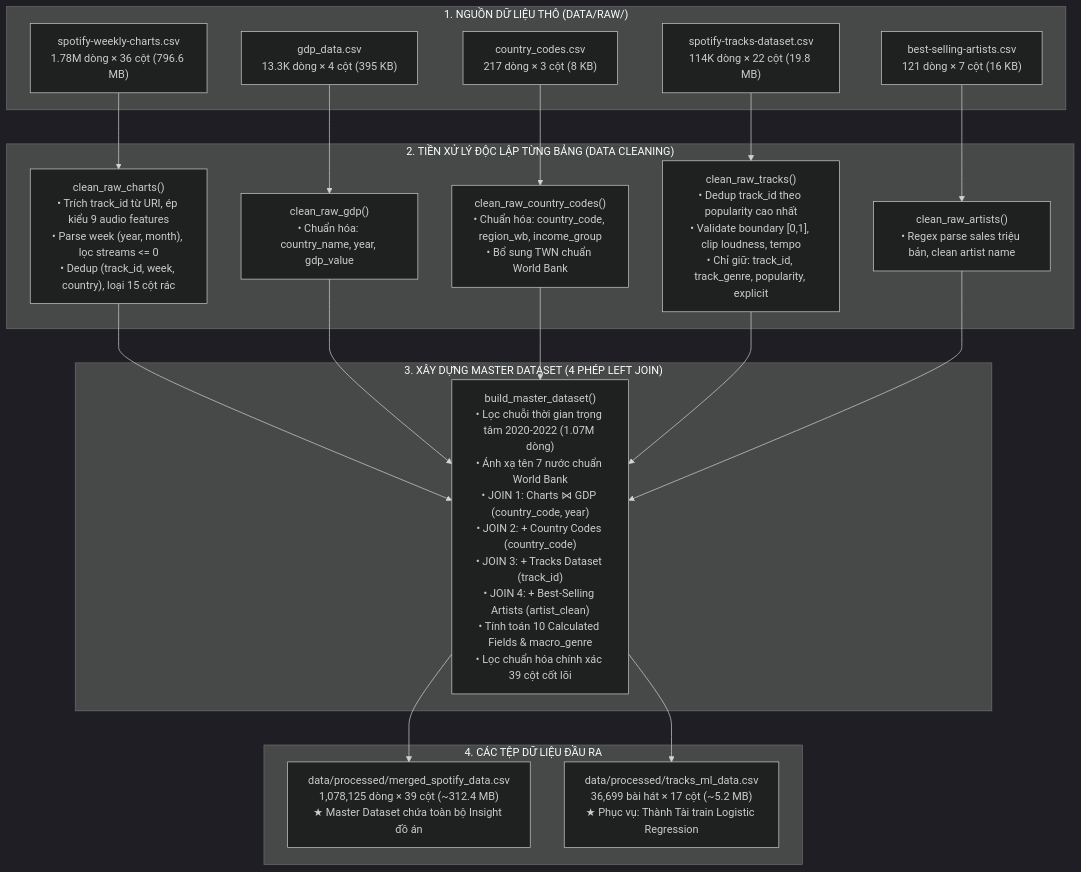
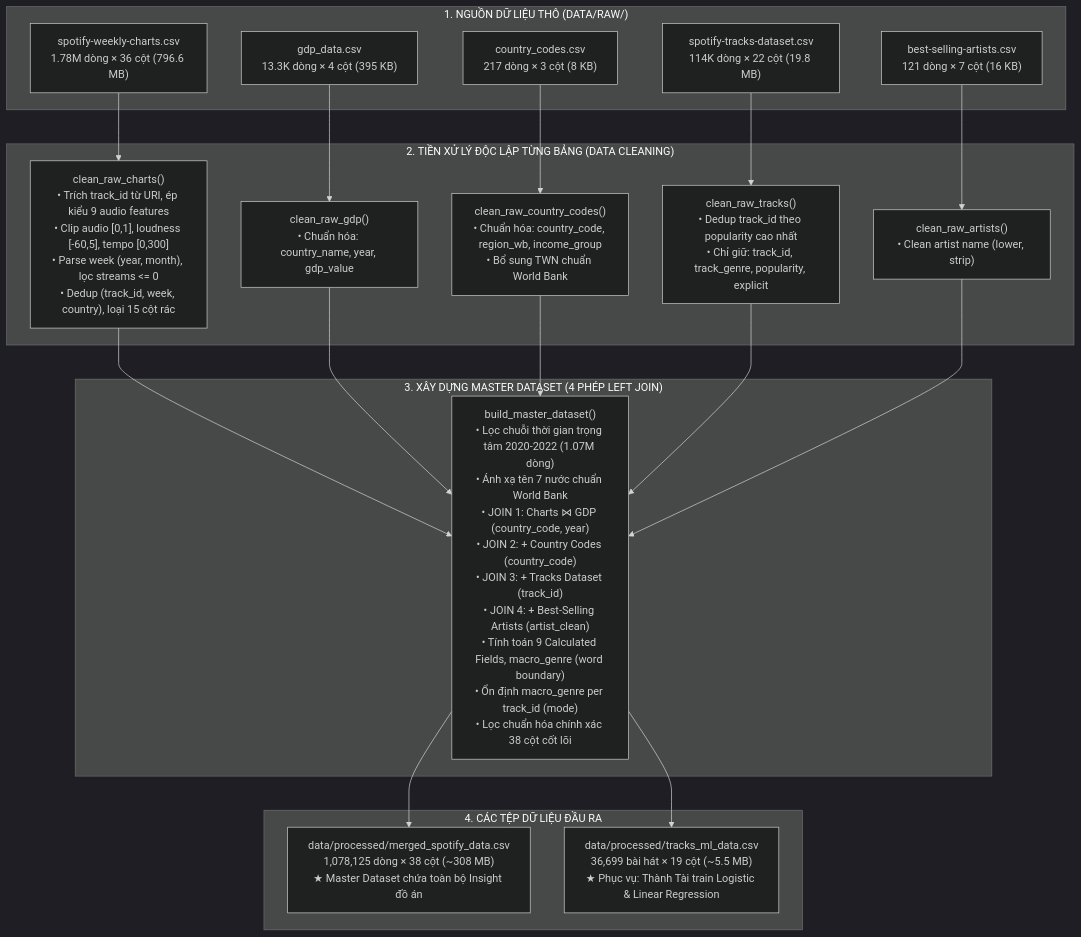
One commit to lyhiahan/Spotify_Audio_Trends_Analytics changed the diagram in docs/data_processing_flow.md. Above: the diagram before and after it, drawn with Mermaid (dark theme). The commit also changed other lines of this file and 8 other files, not shown here.

Commit message:
feat(etl, eda, docs): standardize 38-col master, fix macro_genre, add longevity & tempo, expand 8 eda plots

````diff
--- a/docs/data_processing_flow.md
+++ b/docs/data_processing_flow.md
@@ -32,38 +32,38 @@
 ```mermaid
 flowchart TD
     subgraph S1["1. NGUỒN DỮ LIỆU THÔ (DATA/RAW/)"]
         RAW_C["spotify-weekly-charts.csv<br/>1.78M dòng × 36 cột (796.6 MB)"]
         RAW_T["spotify-tracks-dataset.csv<br/>114K dòng × 22 cột (19.8 MB)"]
         RAW_G["gdp_data.csv<br/>13.3K dòng × 4 cột (395 KB)"]
         RAW_CC["country_codes.csv<br/>217 dòng × 3 cột (8 KB)"]
         RAW_A["best-selling-artists.csv<br/>121 dòng × 7 cột (16 KB)"]
     end
 
     subgraph S2["2. TIỀN XỬ LÝ ĐỘC LẬP TỪNG BẢNG (DATA CLEANING)"]
-        CLEAN_C["clean_raw_charts()<br/>• Trích track_id từ URI, ép kiểu 9 audio features<br/>• Parse week (year, month), lọc streams <= 0<br/>• Dedup (track_id, week, country), loại 15 cột rác"]
-        CLEAN_T["clean_raw_tracks()<br/>• Dedup track_id theo popularity cao nhất<br/>• Validate boundary [0,1], clip loudness, tempo<br/>• Chỉ giữ: track_id, track_genre, popularity, explicit"]
-        CLEAN_A["clean_raw_artists()<br/>• Regex parse sales triệu bản, clean artist name"]
+        CLEAN_C["clean_raw_charts()<br/>• Trích track_id từ URI, ép kiểu 9 audio features<br/>• Clip audio [0,1], loudness [-60,5], tempo [0,300]<br/>• Parse week (year, month), lọc streams <= 0<br/>• Dedup (track_id, week, country), loại 15 cột rác"]
+        CLEAN_T["clean_raw_tracks()<br/>• Dedup track_id theo popularity cao nhất<br/>• Chỉ giữ: track_id, track_genre, popularity, explicit"]
+        CLEAN_A["clean_raw_artists()<br/>• Clean artist name (lower, strip)"]
         CLEAN_G["clean_raw_gdp()<br/>• Chuẩn hóa: country_name, year, gdp_value"]
         CLEAN_CC["clean_raw_country_codes()<br/>• Chuẩn hóa: country_code, region_wb, income_group<br/>• Bổ sung TWN chuẩn World Bank"]
     end
 
     subgraph S3["3. XÂY DỰNG MASTER DATASET (4 PHÉP LEFT JOIN)"]
-        BUILD["build_master_dataset()<br/>• Lọc chuỗi thời gian trọng tâm 2020-2022 (1.07M dòng)<br/>• Ánh xạ tên 7 nước chuẩn World Bank<br/>• JOIN 1: Charts ⋈ GDP (country_code, year)<br/>• JOIN 2: + Country Codes (country_code)<br/>• JOIN 3: + Tracks Dataset (track_id)<br/>• JOIN 4: + Best-Selling Artists (artist_clean)<br/>• Tính toán 10 Calculated Fields & macro_genre<br/>• Lọc chuẩn hóa chính xác 39 cột cốt lõi"]
+        BUILD["build_master_dataset()<br/>• Lọc chuỗi thời gian trọng tâm 2020-2022 (1.07M dòng)<br/>• Ánh xạ tên 7 nước chuẩn World Bank<br/>• JOIN 1: Charts ⋈ GDP (country_code, year)<br/>• JOIN 2: + Country Codes (country_code)<br/>• JOIN 3: + Tracks Dataset (track_id)<br/>• JOIN 4: + Best-Selling Artists (artist_clean)<br/>• Tính toán 9 Calculated Fields, macro_genre (word boundary)<br/>• Ổn định macro_genre per track_id (mode)<br/>• Lọc chuẩn hóa chính xác 38 cột cốt lõi"]
     end
 
     subgraph S4["4. CÁC TỆP DỮ LIỆU ĐẦU RA"]
-        OUT_M["data/processed/merged_spotify_data.csv<br/>1,078,125 dòng × 39 cột (~312.4 MB)<br/>★ Master Dataset chứa toàn bộ Insight đồ án"]
-        OUT_S2["data/processed/tracks_ml_data.csv<br/>36,699 bài hát × 17 cột (~5.2 MB)<br/>★ Phục vụ: Thành Tài train Logistic Regression"]
+        OUT_M["data/processed/merged_spotify_data.csv<br/>1,078,125 dòng × 38 cột (~308 MB)<br/>★ Master Dataset chứa toàn bộ Insight đồ án"]
+        OUT_S2["data/processed/tracks_ml_data.csv<br/>36,699 bài hát × 19 cột (~5.5 MB)<br/>★ Phục vụ: Thành Tài train Logistic & Linear Regression"]
     end
 
     RAW_C --> CLEAN_C
     RAW_T --> CLEAN_T
     RAW_A --> CLEAN_A
     RAW_G --> CLEAN_G
     RAW_CC --> CLEAN_CC
 
     CLEAN_C & CLEAN_G & CLEAN_CC & CLEAN_T & CLEAN_A --> BUILD
 
     BUILD --> OUT_M
     BUILD --> OUT_S2
 ```
````
